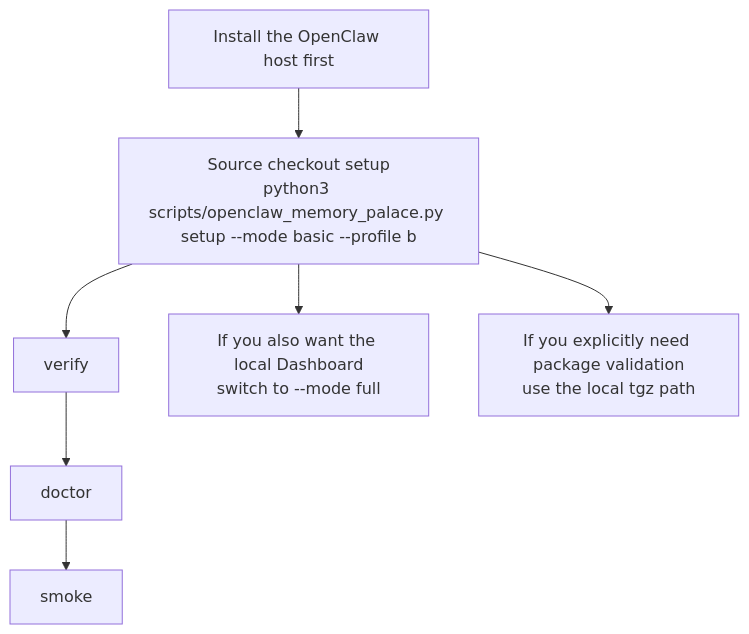
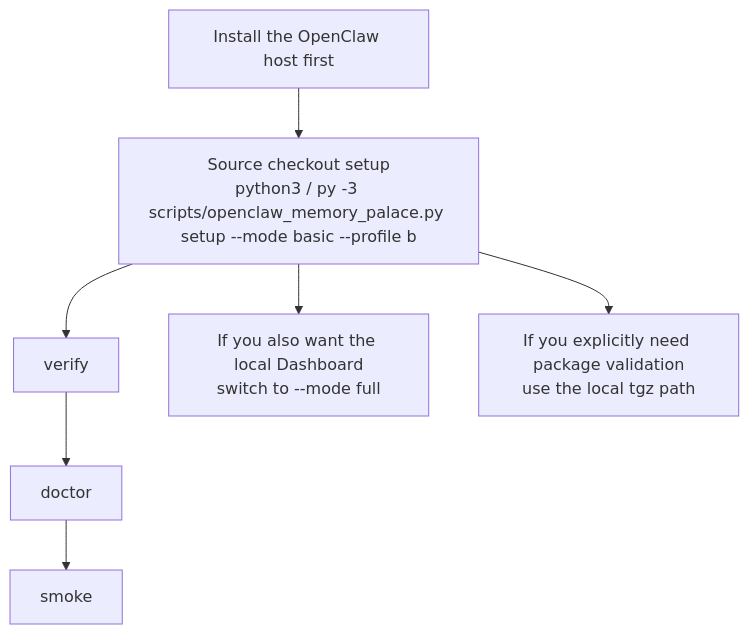
Before and after one commit to AGI-is-going-to-arrive/Memory-Palace-Openclaw: the diagram in docs/images/mermaid/install-run-flow.en.mmd, drawn with Mermaid. The commit also changed 42 other files, not shown here.

Commit message:
Fix Windows OpenClaw compatibility and docs

```diff
--- a/docs/images/mermaid/install-run-flow.en.mmd
+++ b/docs/images/mermaid/install-run-flow.en.mmd
@@ -1,7 +1,7 @@
 flowchart TD
-    A["Install the OpenClaw host first"] --> B["Source checkout setup<br/>python3 scripts/openclaw_memory_palace.py setup --mode basic --profile b"]
+    A["Install the OpenClaw host first"] --> B["Source checkout setup<br/>python3 / py -3 scripts/openclaw_memory_palace.py setup --mode basic --profile b"]
     B --> C["verify"]
     C --> D["doctor"]
     D --> E["smoke"]
     B --> F["If you also want the local Dashboard<br/>switch to --mode full"]
     B --> G["If you explicitly need package validation<br/>use the local tgz path"]
```
